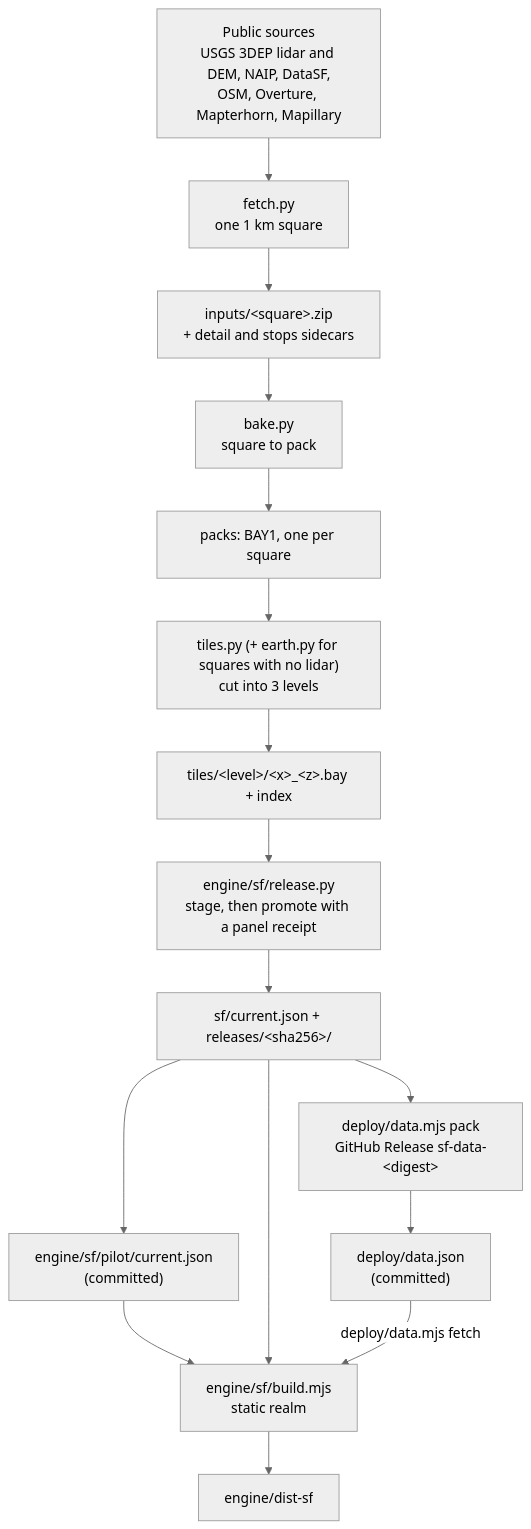
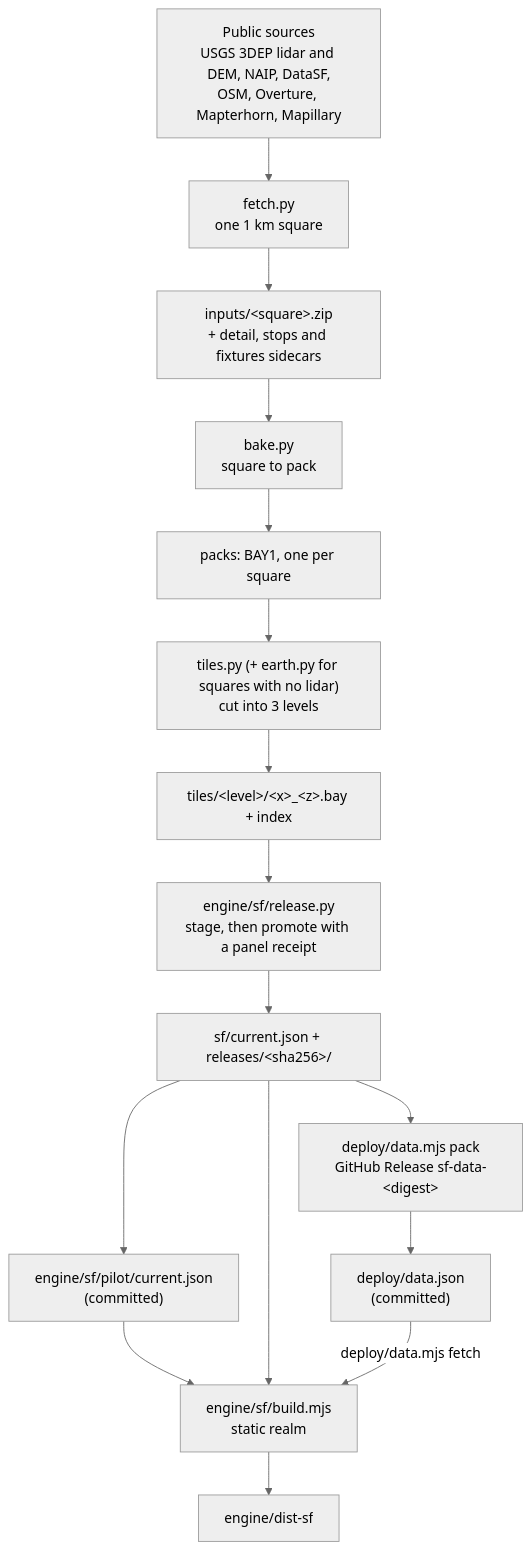
Before and after one commit to voxelwright/voxelwright: the diagram in guide/city-pipeline.md, drawn with Mermaid (neutral theme). The commit also changed other lines of this file and 15 other files, not shown here.

````diff
--- a/guide/city-pipeline.md
+++ b/guide/city-pipeline.md
@@ -9,23 +9,23 @@
 ```mermaid
 flowchart TD
   Sources["Public sources<br/>USGS 3DEP lidar and DEM, NAIP, DataSF,<br/>OSM, Overture, Mapterhorn, Mapillary"]
   Fetch["fetch.py<br/>one 1 km square"]
-  Zip["inputs/&lt;square&gt;.zip<br/>+ detail and stops sidecars"]
+  Zip["inputs/&lt;square&gt;.zip<br/>+ detail, stops and fixtures sidecars"]
   Bake["bake.py<br/>square to pack"]
   Pack["packs: BAY1, one per square"]
   Tiles["tiles.py (+ earth.py for squares with no lidar)<br/>cut into 3 levels"]
   TileOut["tiles/&lt;level&gt;/&lt;x&gt;_&lt;z&gt;.bay + index"]
   Release["engine/sf/release.py<br/>stage, then promote with a panel receipt"]
   Pinned["sf/current.json + releases/&lt;sha256&gt;/"]
   Pin["engine/sf/pilot/current.json<br/>(committed)"]
   Build["engine/sf/build.mjs<br/>static realm"]
   Dist["engine/dist-sf"]
   Data["deploy/data.mjs pack<br/>GitHub Release sf-data-&lt;digest&gt;"]
   Record["deploy/data.json<br/>(committed)"]
   Sources --> Fetch --> Zip --> Bake --> Pack --> Tiles --> TileOut --> Release --> Pinned
   Pinned --> Pin
   Pin --> Build
   Pinned --> Build --> Dist
   Pinned --> Data --> Record
   Record -- "deploy/data.mjs fetch" --> Build
 ```
````
